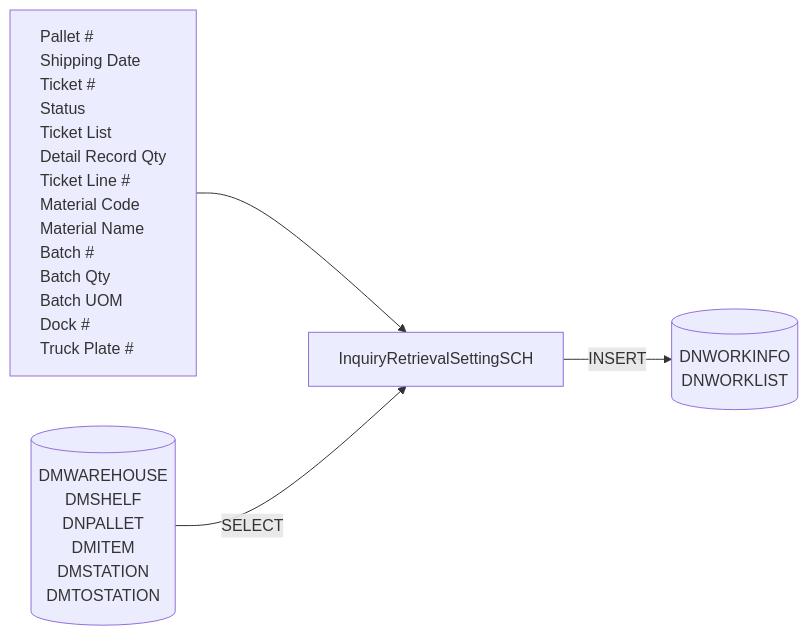
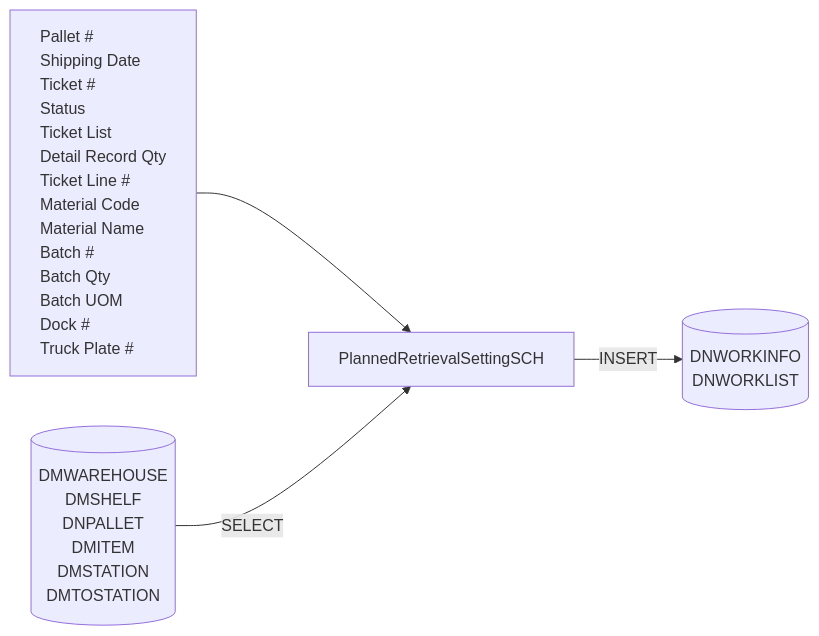
Before and after one commit to luthfiadityaa/SimeDarby-Wiki: the third of 11 diagrams in Basic-Design/DFD-WMS/Retrieval/Planned-Retrieval-to-HP-Area.md, drawn with Mermaid.

Commit message:
Updated Planned Retrieval to HP Area

```diff
--- a/Basic-Design/DFD-WMS/Retrieval/Planned-Retrieval-to-HP-Area.md
+++ b/Basic-Design/DFD-WMS/Retrieval/Planned-Retrieval-to-HP-Area.md
@@ -111,41 +111,41 @@
 ::: mermaid
 flowchart LR
     input[
         Pallet #
         Shipping Date
         Ticket #
         Status
         Ticket List
         Detail Record Qty
         Ticket Line #
         Material Code
         Material Name
         Batch #
         Batch Qty
         Batch UOM
         Dock #
         Truck Plate #    
     ]
 
     tableList-insert[("
         DNWORKINFO
         DNWORKLIST
     ")]
 
      tableList-select[("
         DMWAREHOUSE
         DMSHELF
         DNPALLET
         DMITEM
         DMSTATION
         DMTOSTATION
     ")]
 
-    className[InquiryRetrievalSettingSCH]
+    className[PlannedRetrievalSettingSCH]
 
     input --> className --> |INSERT| tableList-insert
     tableList-select --> |SELECT| className
 
     classDef leftAlign text-align:left;
     class input leftAlign;
 :::
```
